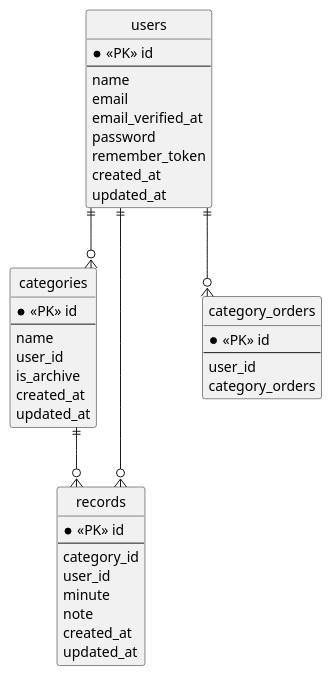
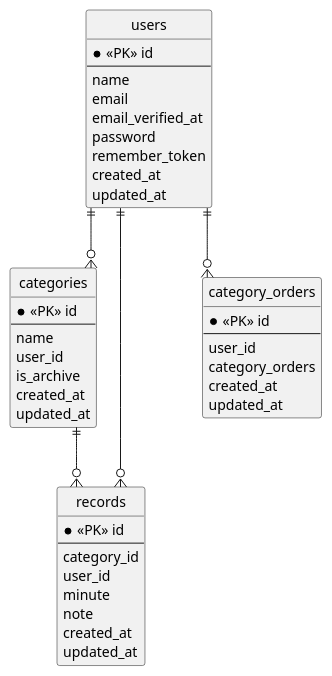
Before and after one commit to nakajima97/laravel-learning-record-app-v2: the diagram in document/er-figure.pu, drawn with PlantUML.

Commit message:
#132 カラムが抜けていたので追加

```diff
--- a/document/er-figure.pu
+++ b/document/er-figure.pu
@@ -1,50 +1,52 @@
 @startuml er-figure
 hide circle
 skinparam linetype ortho
 
 entity "users" as users {
   * <<PK>> id
   --
   name
   email
   email_verified_at
   password
   remember_token
   created_at
   updated_at
 }
 
 entity "categories" as categories {
     * <<PK>> id
     --
     name
     user_id
     is_archive
     created_at
     updated_at
 }
 
 entity "records" as records {
     * <<PK>> id
     --
     category_id
     user_id
     minute
     note
     created_at
     updated_at
 }
 
 entity "category_orders" as category_orders {
     * <<PK>> id
     --
     user_id
     category_orders
+    created_at
+    updated_at
 }
 
 users ||--o{ categories
 users ||--o{ records
 users ||--o{ category_orders
 categories ||--o{ records
 
 @enduml
```
